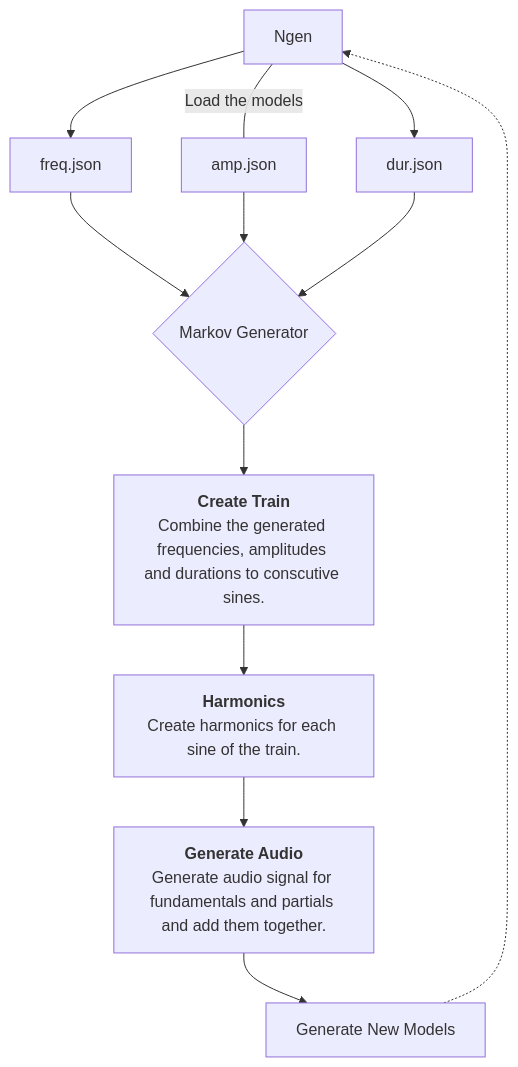
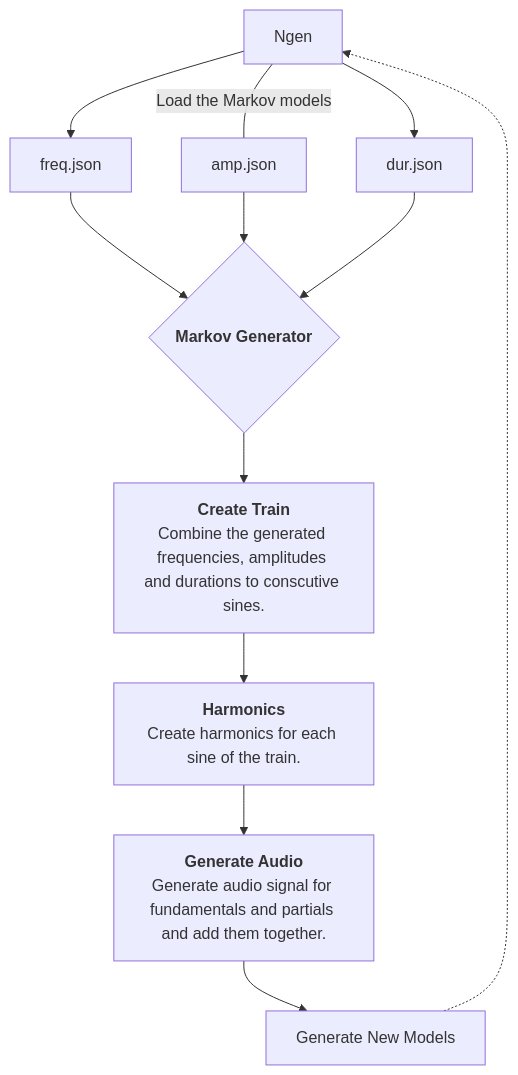
The diagram in docs/_posts/2024-08-19-markov-chains.md (bh90210/mlsic), drawn with Mermaid before and after one commit. The commit also changed other lines of this file and 1 other file, not shown here.

````diff
--- a/docs/_posts/2024-08-19-markov-chains.md
+++ b/docs/_posts/2024-08-19-markov-chains.md
@@ -40,32 +42,33 @@
 ```mermaid
 flowchart TD
     a["Ngen"] -->
     c["freq.json"] --> 
-    d{"Markov Generator"} -->
+    d{"`**Markov Generator**
+    `"} -->
     g["`**Create Train**
     Combine the generated 
     frequencies, amplitudes and durations to conscutive sines.`"]
-    a -- Load the models ---
+    a -- Load the Markov models ---
     e["amp.json"] -->
     d
     g
 
     
     a --> 
     h["dur.json"] -->
     d
     g
 
     g -->
     k["`**Harmonics**
     Create harmonics for each sine of the train.`"]
 
     k -->
     l["`**Generate Audio**
     Generate audio signal for fundamentals and partials and add them together.`"]
 
     l -->
     p["Generate New Models"]
 
     p -.-> a;
 ```
````
